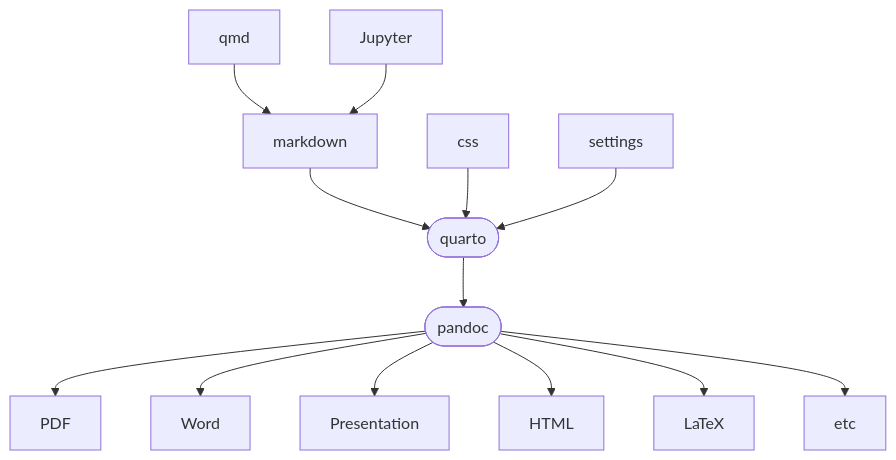
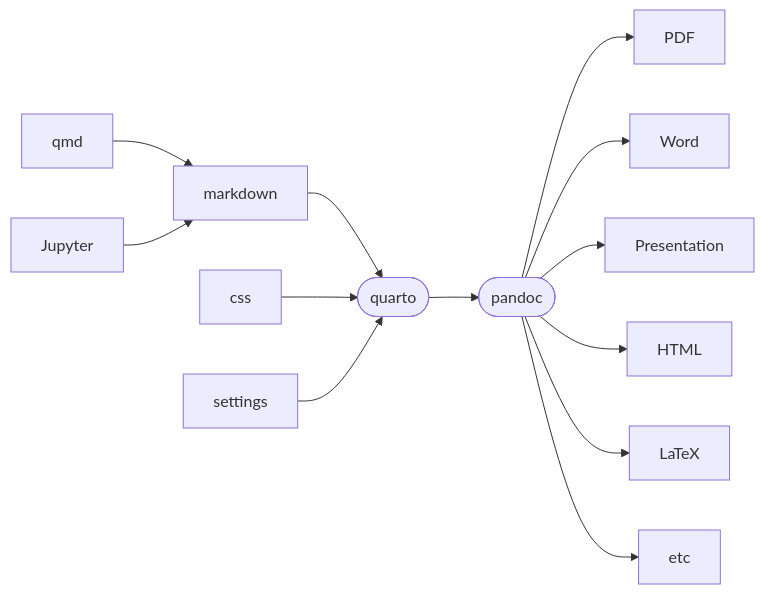
The diagram in presentation/presentation.qmd (jsoma/quarto-tutorial), drawn with Mermaid before and after one commit. The commit also changed other lines of this file and 2 other files, not shown here.

````diff
--- a/presentation/presentation.qmd
+++ b/presentation/presentation.qmd
@@ -35,10 +54,10 @@
 ```{mermaid}
-flowchart TD
+flowchart LR
   qmd --> markdown
   Jupyter --> markdown
   markdown --> quarto([quarto])
   css --> quarto
   settings --> quarto
   quarto --> pandoc([pandoc])
   pandoc --> PDF & Word & Presentation & HTML & LaTeX & etc
 ```
````
